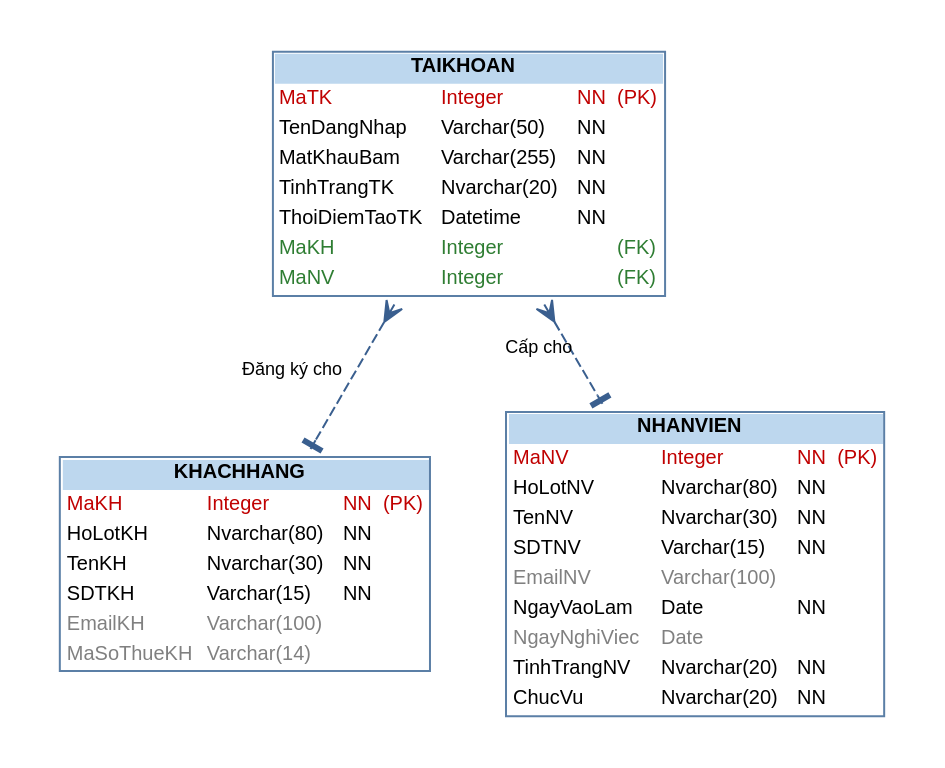
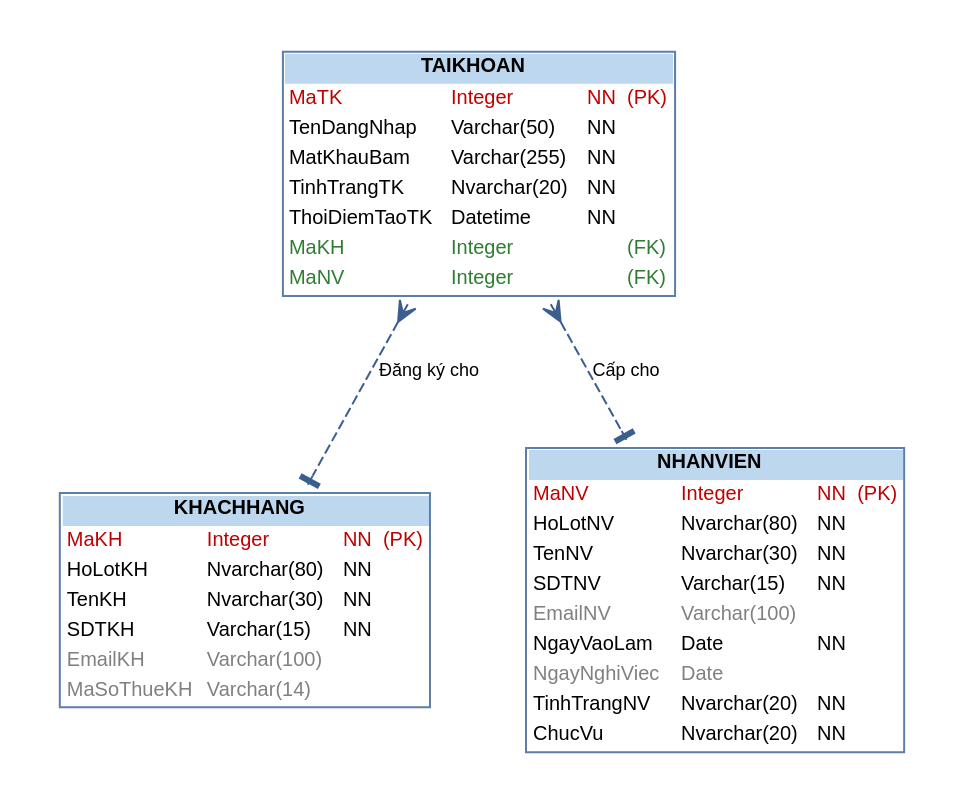
The diagram in bao-cao-moi/hinh/sodo_quanhe_b2.dot (twotnguyen/CSDL-NC-PowerTech), drawn with Graphviz before and after one commit. The commit also changed 24 other files, not shown here.

```diff
--- a/bao-cao-moi/hinh/sodo_quanhe_b2.dot
+++ b/bao-cao-moi/hinh/sodo_quanhe_b2.dot
@@ -1,9 +1,9 @@
 digraph G {
-  rankdir=TB; splines=polyline; nodesep=0.3; ranksep=0.7; pad=0.2; newrank=true;
+  rankdir=TB; splines=polyline; nodesep=0.45; ranksep=0.8; pad=0.2; newrank=true;
   node [shape=plaintext, fontname="Helvetica", fontsize=10]; edge [fontname="Helvetica", fontsize=9, color="#3A5F8F", style=dashed, dir=both, arrowtail=crow, arrowhead=tee];
   "KHACHHANG" [label=<<TABLE BORDER="1" COLOR="#5B7FA6" CELLBORDER="0" CELLSPACING="0" CELLPADDING="2" BGCOLOR="white"><TR><TD COLSPAN="4" BGCOLOR="#BDD7EE"><B>KHACHHANG</B></TD></TR><TR><TD ALIGN="LEFT"><FONT COLOR="#C00000">MaKH</FONT></TD><TD ALIGN="LEFT"><FONT COLOR="#C00000">Integer</FONT></TD><TD><FONT COLOR="#C00000">NN</FONT></TD><TD><FONT COLOR="#C00000">(PK)</FONT></TD></TR><TR><TD ALIGN="LEFT"><FONT COLOR="#000000">HoLotKH</FONT></TD><TD ALIGN="LEFT"><FONT COLOR="#000000">Nvarchar(80)</FONT></TD><TD><FONT COLOR="#000000">NN</FONT></TD><TD> </TD></TR><TR><TD ALIGN="LEFT"><FONT COLOR="#000000">TenKH</FONT></TD><TD ALIGN="LEFT"><FONT COLOR="#000000">Nvarchar(30)</FONT></TD><TD><FONT COLOR="#000000">NN</FONT></TD><TD> </TD></TR><TR><TD ALIGN="LEFT"><FONT COLOR="#000000">SDTKH</FONT></TD><TD ALIGN="LEFT"><FONT COLOR="#000000">Varchar(15)</FONT></TD><TD><FONT COLOR="#000000">NN</FONT></TD><TD> </TD></TR><TR><TD ALIGN="LEFT"><FONT COLOR="#808080">EmailKH</FONT></TD><TD ALIGN="LEFT"><FONT COLOR="#808080">Varchar(100)</FONT></TD><TD> </TD><TD> </TD></TR><TR><TD ALIGN="LEFT"><FONT COLOR="#808080">MaSoThueKH</FONT></TD><TD ALIGN="LEFT"><FONT COLOR="#808080">Varchar(14)</FONT></TD><TD> </TD><TD> </TD></TR></TABLE>>];
   "NHANVIEN" [label=<<TABLE BORDER="1" COLOR="#5B7FA6" CELLBORDER="0" CELLSPACING="0" CELLPADDING="2" BGCOLOR="white"><TR><TD COLSPAN="4" BGCOLOR="#BDD7EE"><B>NHANVIEN</B></TD></TR><TR><TD ALIGN="LEFT"><FONT COLOR="#C00000">MaNV</FONT></TD><TD ALIGN="LEFT"><FONT COLOR="#C00000">Integer</FONT></TD><TD><FONT COLOR="#C00000">NN</FONT></TD><TD><FONT COLOR="#C00000">(PK)</FONT></TD></TR><TR><TD ALIGN="LEFT"><FONT COLOR="#000000">HoLotNV</FONT></TD><TD ALIGN="LEFT"><FONT COLOR="#000000">Nvarchar(80)</FONT></TD><TD><FONT COLOR="#000000">NN</FONT></TD><TD> </TD></TR><TR><TD ALIGN="LEFT"><FONT COLOR="#000000">TenNV</FONT></TD><TD ALIGN="LEFT"><FONT COLOR="#000000">Nvarchar(30)</FONT></TD><TD><FONT COLOR="#000000">NN</FONT></TD><TD> </TD></TR><TR><TD ALIGN="LEFT"><FONT COLOR="#000000">SDTNV</FONT></TD><TD ALIGN="LEFT"><FONT COLOR="#000000">Varchar(15)</FONT></TD><TD><FONT COLOR="#000000">NN</FONT></TD><TD> </TD></TR><TR><TD ALIGN="LEFT"><FONT COLOR="#808080">EmailNV</FONT></TD><TD ALIGN="LEFT"><FONT COLOR="#808080">Varchar(100)</FONT></TD><TD> </TD><TD> </TD></TR><TR><TD ALIGN="LEFT"><FONT COLOR="#000000">NgayVaoLam</FONT></TD><TD ALIGN="LEFT"><FONT COLOR="#000000">Date</FONT></TD><TD><FONT COLOR="#000000">NN</FONT></TD><TD> </TD></TR><TR><TD ALIGN="LEFT"><FONT COLOR="#808080">NgayNghiViec</FONT></TD><TD ALIGN="LEFT"><FONT COLOR="#808080">Date</FONT></TD><TD> </TD><TD> </TD></TR><TR><TD ALIGN="LEFT"><FONT COLOR="#000000">TinhTrangNV</FONT></TD><TD ALIGN="LEFT"><FONT COLOR="#000000">Nvarchar(20)</FONT></TD><TD><FONT COLOR="#000000">NN</FONT></TD><TD> </TD></TR><TR><TD ALIGN="LEFT"><FONT COLOR="#000000">ChucVu</FONT></TD><TD ALIGN="LEFT"><FONT COLOR="#000000">Nvarchar(20)</FONT></TD><TD><FONT COLOR="#000000">NN</FONT></TD><TD> </TD></TR></TABLE>>];
   "TAIKHOAN" [label=<<TABLE BORDER="1" COLOR="#5B7FA6" CELLBORDER="0" CELLSPACING="0" CELLPADDING="2" BGCOLOR="white"><TR><TD COLSPAN="4" BGCOLOR="#BDD7EE"><B>TAIKHOAN</B></TD></TR><TR><TD ALIGN="LEFT"><FONT COLOR="#C00000">MaTK</FONT></TD><TD ALIGN="LEFT"><FONT COLOR="#C00000">Integer</FONT></TD><TD><FONT COLOR="#C00000">NN</FONT></TD><TD><FONT COLOR="#C00000">(PK)</FONT></TD></TR><TR><TD ALIGN="LEFT"><FONT COLOR="#000000">TenDangNhap</FONT></TD><TD ALIGN="LEFT"><FONT COLOR="#000000">Varchar(50)</FONT></TD><TD><FONT COLOR="#000000">NN</FONT></TD><TD> </TD></TR><TR><TD ALIGN="LEFT"><FONT COLOR="#000000">MatKhauBam</FONT></TD><TD ALIGN="LEFT"><FONT COLOR="#000000">Varchar(255)</FONT></TD><TD><FONT COLOR="#000000">NN</FONT></TD><TD> </TD></TR><TR><TD ALIGN="LEFT"><FONT COLOR="#000000">TinhTrangTK</FONT></TD><TD ALIGN="LEFT"><FONT COLOR="#000000">Nvarchar(20)</FONT></TD><TD><FONT COLOR="#000000">NN</FONT></TD><TD> </TD></TR><TR><TD ALIGN="LEFT"><FONT COLOR="#000000">ThoiDiemTaoTK</FONT></TD><TD ALIGN="LEFT"><FONT COLOR="#000000">Datetime</FONT></TD><TD><FONT COLOR="#000000">NN</FONT></TD><TD> </TD></TR><TR><TD ALIGN="LEFT"><FONT COLOR="#2E7D32">MaKH</FONT></TD><TD ALIGN="LEFT"><FONT COLOR="#2E7D32">Integer</FONT></TD><TD> </TD><TD><FONT COLOR="#2E7D32">(FK)</FONT></TD></TR><TR><TD ALIGN="LEFT"><FONT COLOR="#2E7D32">MaNV</FONT></TD><TD ALIGN="LEFT"><FONT COLOR="#2E7D32">Integer</FONT></TD><TD> </TD><TD><FONT COLOR="#2E7D32">(FK)</FONT></TD></TR></TABLE>>];
-  "TAIKHOAN" -> "KHACHHANG" [xlabel="Đăng ký cho"];
-  "TAIKHOAN" -> "NHANVIEN" [xlabel="Cấp cho"];
+  "TAIKHOAN" -> "KHACHHANG" [label="Đăng ký cho"];
+  "TAIKHOAN" -> "NHANVIEN" [label="Cấp cho"];
 }
```
